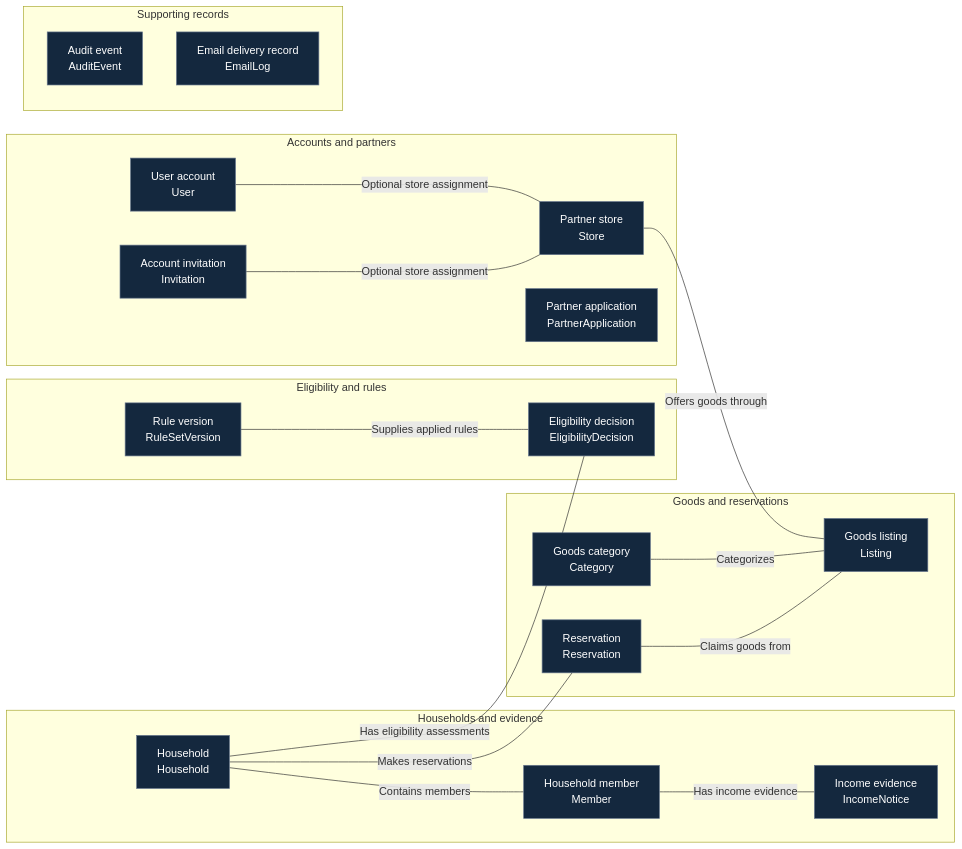
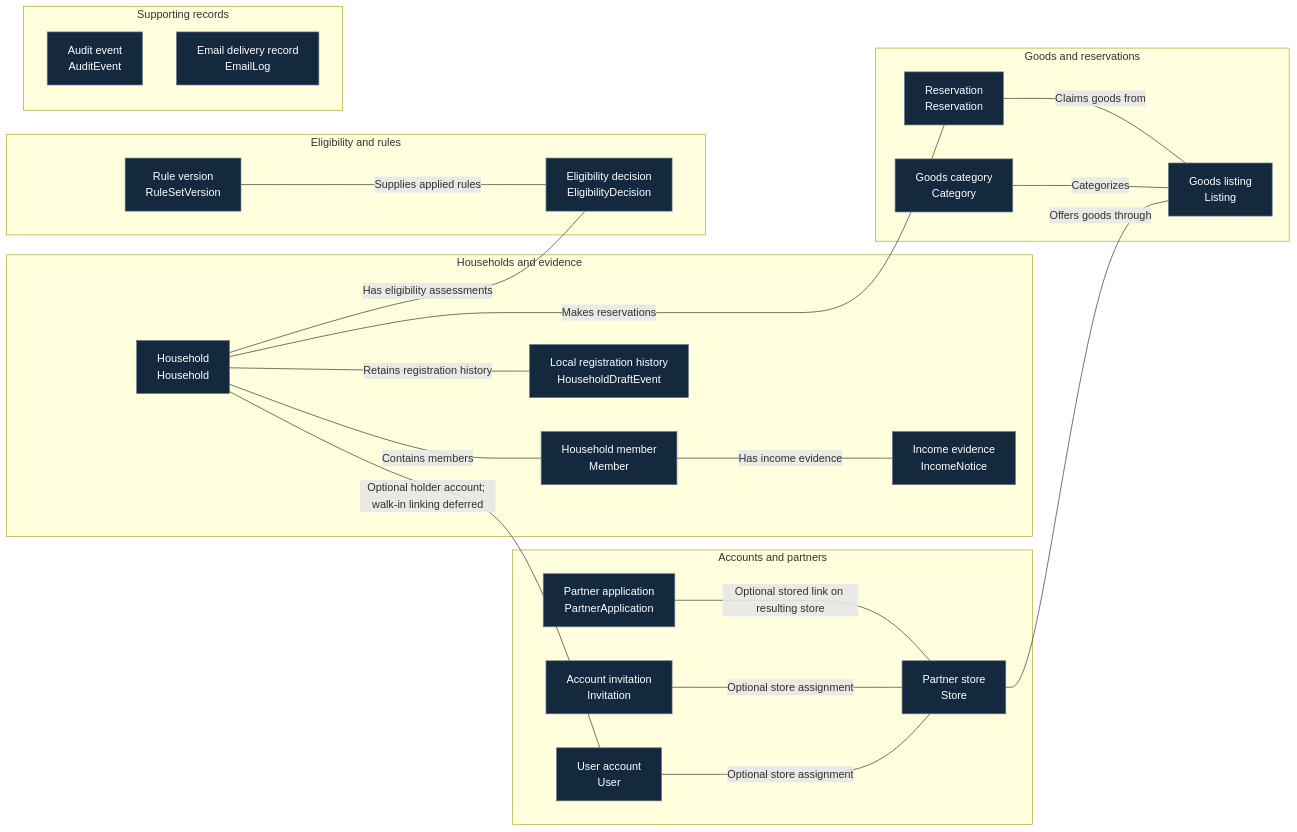
The first of 2 diagrams in docs/03-design/domain-model.md (B-A-D-R-SL/iris), drawn with Mermaid before and after one commit. The commit also changed other lines of this file and 9 other files, not shown here.

Commit message:
SET-21 docs(architecture): reconcile Release 1 documentation with implementation

````diff
--- a/docs/03-design/domain-model.md
+++ b/docs/03-design/domain-model.md
@@ -40,46 +48,50 @@
 ```mermaid
 
 flowchart LR
     subgraph Partners["Accounts and partners"]
         User["User account<br/>User"]
         Invitation["Account invitation<br/>Invitation"]
         Store["Partner store<br/>Store"]
         PartnerApplication["Partner application<br/>PartnerApplication"]
     end
 
     subgraph Households["Households and evidence"]
         Household["Household<br/>Household"]
         Member["Household member<br/>Member"]
         IncomeNotice["Income evidence<br/>IncomeNotice"]
+        HouseholdDraftEvent["Local registration history<br/>HouseholdDraftEvent"]
     end
 
     subgraph Eligibility["Eligibility and rules"]
         EligibilityDecision["Eligibility decision<br/>EligibilityDecision"]
         RuleSetVersion["Rule version<br/>RuleSetVersion"]
     end
 
     subgraph Goods["Goods and reservations"]
         Category["Goods category<br/>Category"]
         Listing["Goods listing<br/>Listing"]
         Reservation["Reservation<br/>Reservation"]
     end
 
     subgraph Support["Supporting records"]
         AuditEvent["Audit event<br/>AuditEvent"]
         EmailLog["Email delivery record<br/>EmailLog"]
     end
 
     User ---|"Optional store assignment"| Store
     Invitation ---|"Optional store assignment"| Store
+    PartnerApplication ---|"Optional stored link on resulting store"| Store
+    Household ---|"Optional holder account; walk-in linking deferred"| User
     Household ---|"Contains members"| Member
+    Household ---|"Retains registration history"| HouseholdDraftEvent
     Member ---|"Has income evidence"| IncomeNotice
     Household ---|"Has eligibility assessments"| EligibilityDecision
     RuleSetVersion ---|"Supplies applied rules"| EligibilityDecision
     Store ---|"Offers goods through"| Listing
     Category ---|"Categorizes"| Listing
     Household ---|"Makes reservations"| Reservation
     Reservation ---|"Claims goods from"| Listing
 
     classDef concept fill:#14283e,stroke:#64748b,color:#ffffff;
-    class User,Invitation,Store,PartnerApplication,Household,Member,IncomeNotice,EligibilityDecision,RuleSetVersion,Category,Listing,Reservation,AuditEvent,EmailLog concept;
+    class User,Invitation,Store,PartnerApplication,Household,Member,HouseholdDraftEvent,IncomeNotice,EligibilityDecision,RuleSetVersion,Category,Listing,Reservation,AuditEvent,EmailLog concept;
 ```
````
